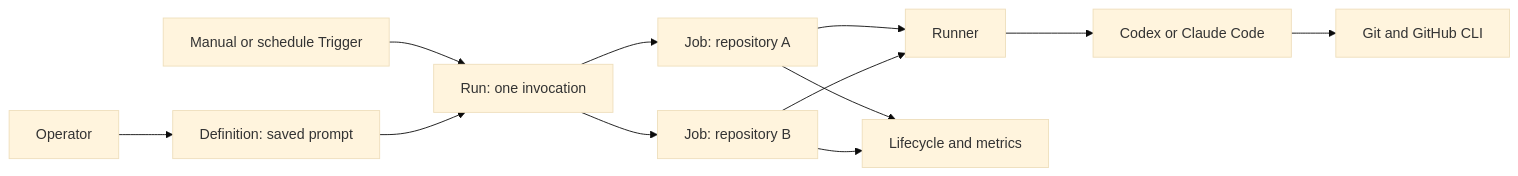
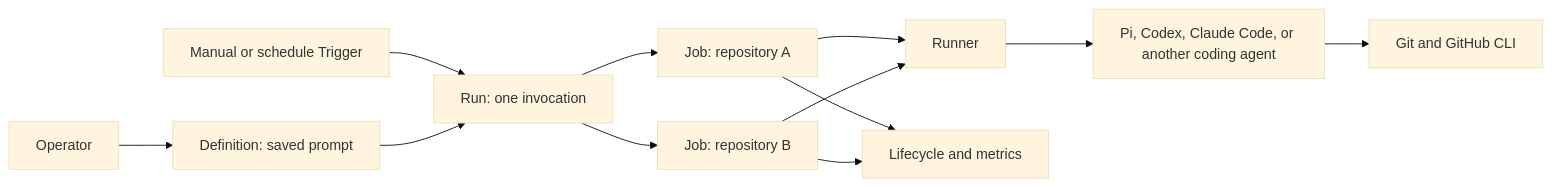
The diagram in docs/software-factory/design.md (owainlewis/factory), drawn with Mermaid (base theme) before and after one commit. The commit also changed other lines of this file and 1 other file, not shown here.

````diff
--- a/docs/software-factory/design.md
+++ b/docs/software-factory/design.md
@@ -44,14 +46,14 @@
 ```mermaid
 flowchart LR
     U["Operator"] --> D["Definition: saved prompt"]
     T["Manual or schedule Trigger"] --> R["Run: one invocation"]
     D --> R
     R --> J1["Job: repository A"]
     R --> J2["Job: repository B"]
     J1 --> RN["Runner"]
     J2 --> RN
-    RN --> A["Codex or Claude Code"]
+    RN --> A["Pi, Codex, Claude Code, or another coding agent"]
     A --> G["Git and GitHub CLI"]
     J1 --> M["Lifecycle and metrics"]
     J2 --> M
 ```
````
